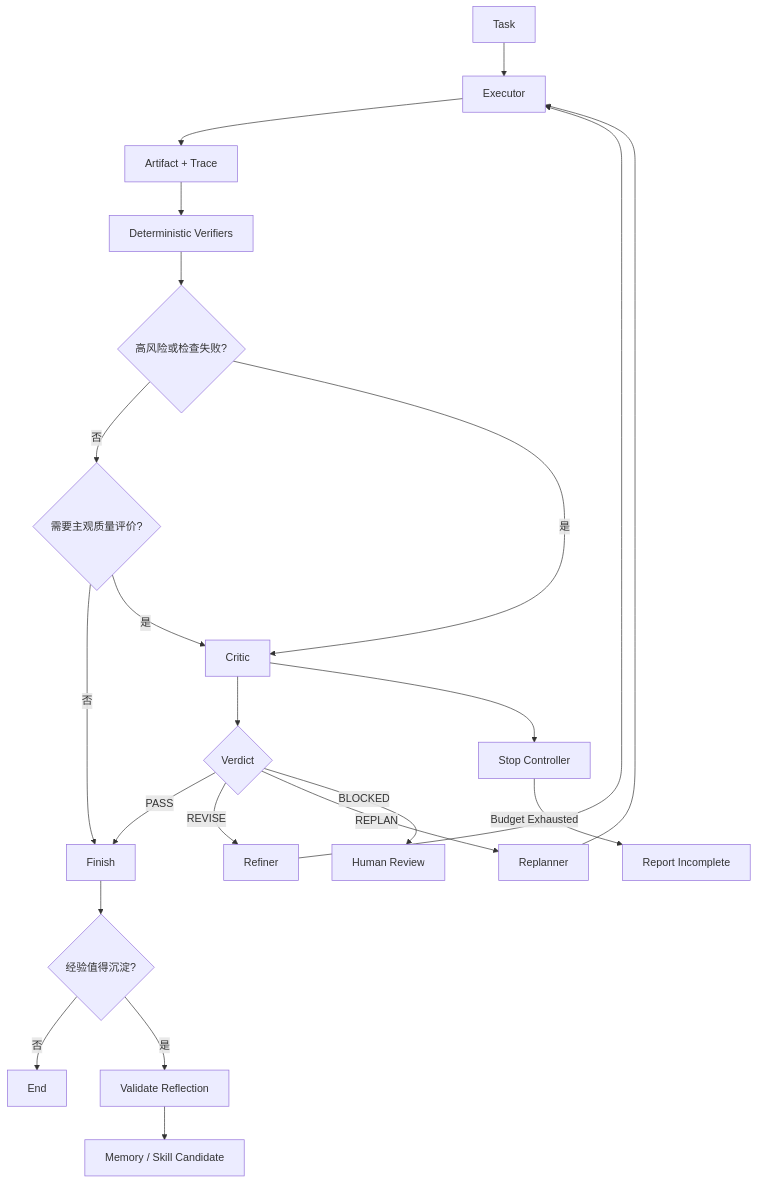
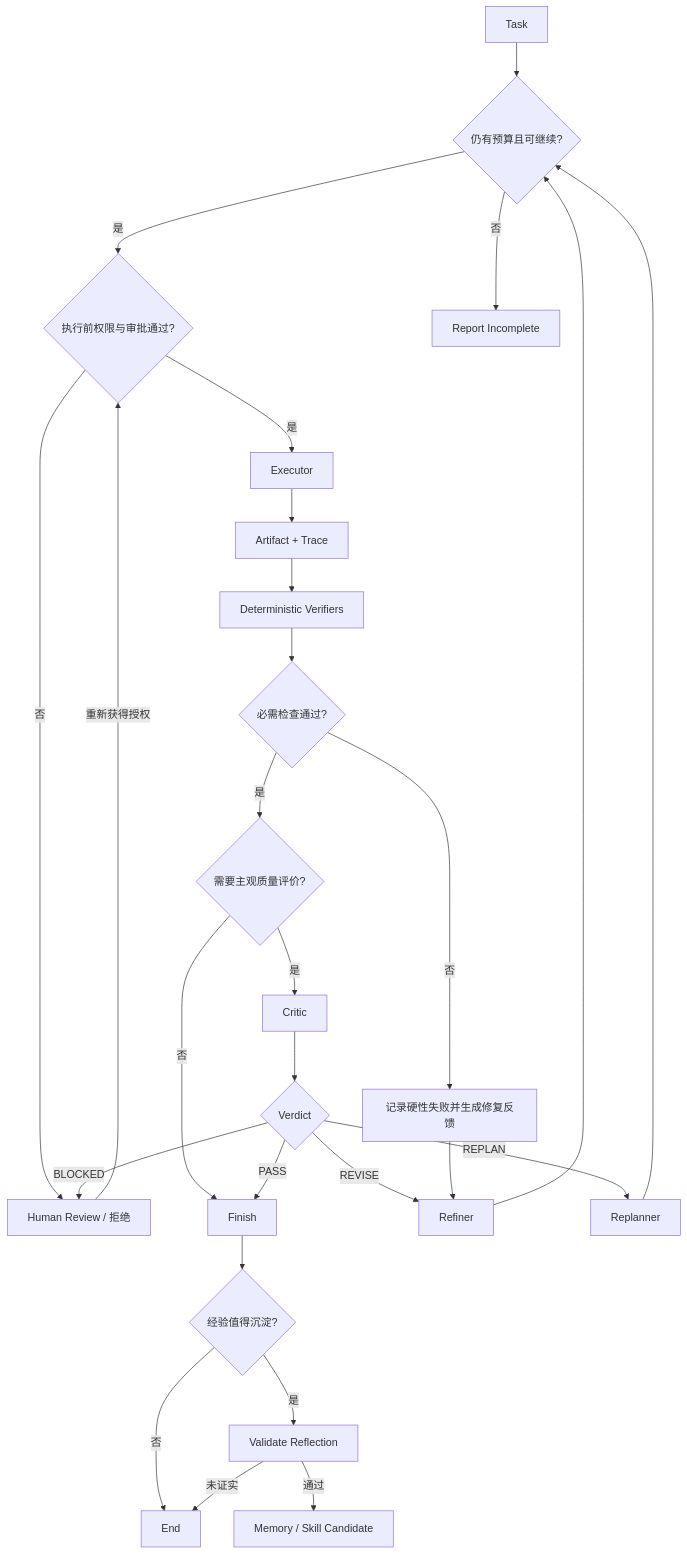
Before and after one commit to oneleaveknowsthefall/awesome-ai-roadmap: diagram 23 of 23 in docs/agent/02-reasoning-planning/12-agent-reflection.md, drawn with Mermaid. The commit also changed other lines of this file and 50 other files, not shown here.

````diff
--- a/docs/agent/02-reasoning-planning/12-agent-reflection.md
+++ b/docs/agent/02-reasoning-planning/12-agent-reflection.md
@@ -1111,30 +1141,33 @@
 ```mermaid
 flowchart TB
-    TASK[Task] --> EXEC[Executor]
+    TASK[Task] --> BUDGET{仍有预算且可继续?}
+    BUDGET -->|是| GATE{执行前权限与审批通过?}
+    BUDGET -->|否| PARTIAL[Report Incomplete]
+    GATE -->|是| EXEC[Executor]
+    GATE -->|否| HUMAN[Human Review / 拒绝]
+    HUMAN -->|重新获得授权| GATE
     EXEC --> ART[Artifact + Trace]
 
     ART --> DV[Deterministic Verifiers]
-    DV --> RISK{高风险或检查失败?}
-
-    RISK -->|否| NEED{需要主观质量评价?}
-    RISK -->|是| CRITIC[Critic]
+    DV --> HARD{必需检查通过?}
+    HARD -->|否| FAILURE[记录硬性失败并生成修复反馈]
+    HARD -->|是| NEED{需要主观质量评价?}
     NEED -->|否| DONE[Finish]
-    NEED -->|是| CRITIC
+    NEED -->|是| CRITIC[Critic]
 
     CRITIC --> VERDICT{Verdict}
     VERDICT -->|PASS| DONE
     VERDICT -->|REVISE| REFINE[Refiner]
     VERDICT -->|REPLAN| PLAN[Replanner]
-    VERDICT -->|BLOCKED| HUMAN[Human Review]
+    VERDICT -->|BLOCKED| HUMAN
+    FAILURE --> REFINE
 
-    REFINE --> EXEC
-    PLAN --> EXEC
-
-    CRITIC --> STOP[Stop Controller]
-    STOP -->|Budget Exhausted| PARTIAL[Report Incomplete]
+    REFINE --> BUDGET
+    PLAN --> BUDGET
 
     DONE --> CONS{经验值得沉淀?}
     CONS -->|否| END[End]
     CONS -->|是| VALIDATE[Validate Reflection]
-    VALIDATE --> MEMORY[Memory / Skill Candidate]
+    VALIDATE -->|通过| MEMORY[Memory / Skill Candidate]
+    VALIDATE -->|未证实| END
 ```
````
